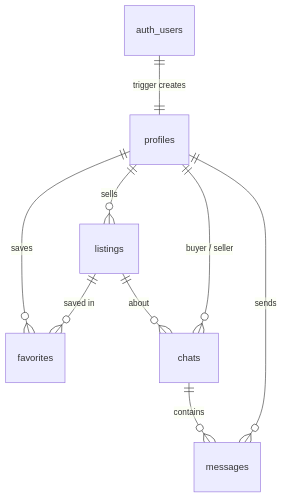
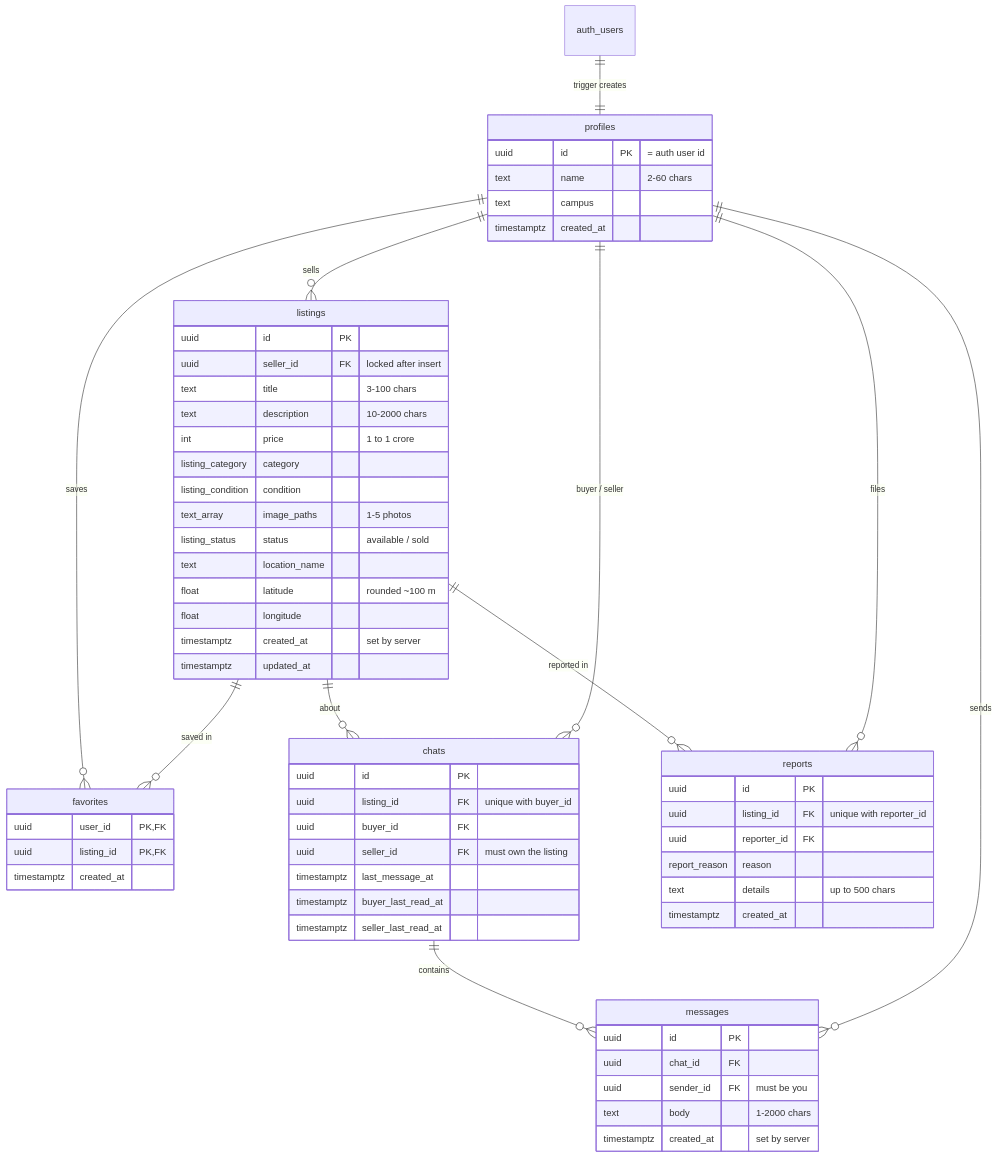
Before and after one commit to shashankcsrao-byte/campus-marketplace: the second of 2 diagrams in README.md, drawn with Mermaid. The commit also changed other lines of this file, not shown here.

Commit message:
docs: current architecture and full database diagram in README
- Architecture flowchart now shows UnreadContext, report service,
  security headers and the GitHub Actions keep-alive
- Database ER diagram lists every column, key and constraint, including
  reports, item condition and chat read markers
- File tree updated for the new pages, components and scripts

````diff
--- a/README.md
+++ b/README.md
@@ -80,11 +84,65 @@
 ```mermaid
 erDiagram
   auth_users ||--|| profiles : "trigger creates"
   profiles ||--o{ listings : sells
   profiles ||--o{ favorites : saves
   listings ||--o{ favorites : "saved in"
   listings ||--o{ chats : about
   profiles ||--o{ chats : "buyer / seller"
   chats ||--o{ messages : contains
   profiles ||--o{ messages : sends
+  listings ||--o{ reports : "reported in"
+  profiles ||--o{ reports : files
+
+  profiles {
+    uuid id PK "= auth user id"
+    text name "2-60 chars"
+    text campus
+    timestamptz created_at
+  }
+  listings {
+    uuid id PK
+    uuid seller_id FK "locked after insert"
+    text title "3-100 chars"
+    text description "10-2000 chars"
+    int price "1 to 1 crore"
+    listing_category category
+    listing_condition condition
+    text_array image_paths "1-5 photos"
+    listing_status status "available / sold"
+    text location_name
+    float latitude "rounded ~100 m"
+    float longitude
+    timestamptz created_at "set by server"
+    timestamptz updated_at
+  }
+  favorites {
+    uuid user_id PK, FK
+    uuid listing_id PK, FK
+    timestamptz created_at
+  }
+  chats {
+    uuid id PK
+    uuid listing_id FK "unique with buyer_id"
+    uuid buyer_id FK
+    uuid seller_id FK "must own the listing"
+    timestamptz last_message_at
+    timestamptz buyer_last_read_at
+    timestamptz seller_last_read_at
+  }
+  messages {
+    uuid id PK
+    uuid chat_id FK
+    uuid sender_id FK "must be you"
+    text body "1-2000 chars"
+    timestamptz created_at "set by server"
+  }
+  reports {
+    uuid id PK
+    uuid listing_id FK "unique with reporter_id"
+    uuid reporter_id FK
+    report_reason reason
+    text details "up to 500 chars"
+    timestamptz created_at
+  }
 ```
````
